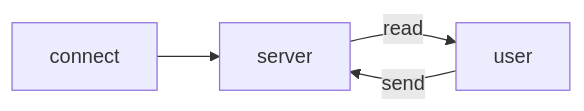
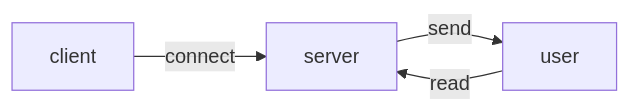
One commit to idokatzav/KNN-Classifier changed the second of 2 diagrams in README.md. Above: the diagram before and after it, drawn with Mermaid.

````diff
--- a/README.md
+++ b/README.md
@@ -191,6 +191,6 @@
 ```mermaid
 graph LR;
-    connect --> server;
-    server --read--> user;
-    user --send--> server;
+    client --connect --> server;
+    user --read -->  server;
+    server --send --> user;
 ```
````
